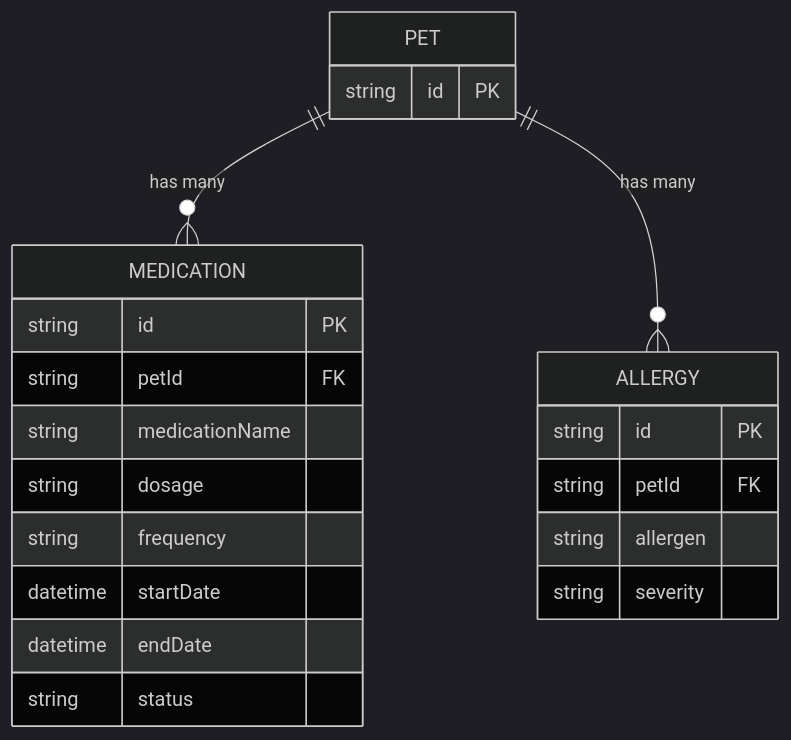
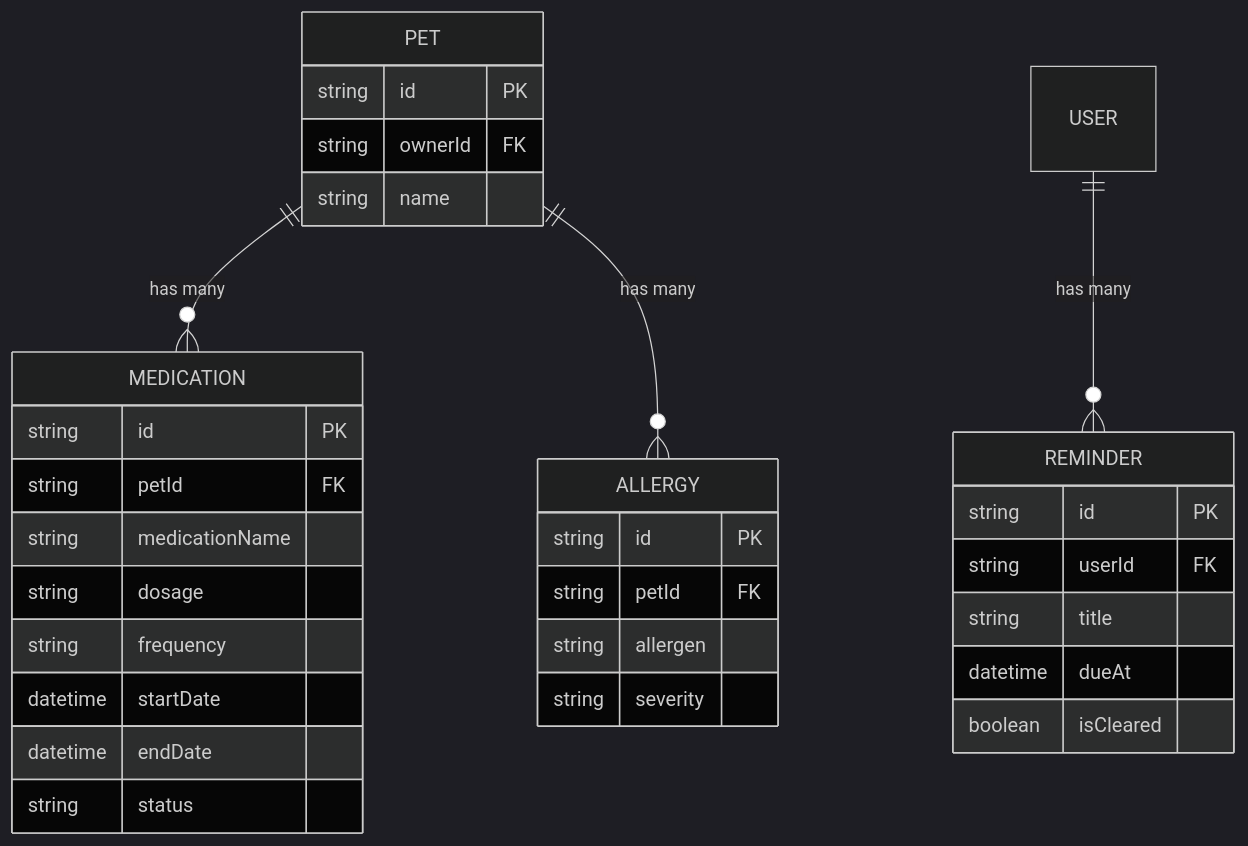
Before and after one commit to Javeria-Javaid/ai-powered-pet-healthcare-ecosystem: the third of 7 diagrams in .qoder/repowiki/en/content/Pet Health Management/Medication Management.md, drawn with Mermaid (dark theme). The commit also changed other lines of this file and 45 other files, not shown here.

````diff
--- a/.qoder/repowiki/en/content/Pet Health Management/Medication Management.md
+++ b/.qoder/repowiki/en/content/Pet Health Management/Medication Management.md
@@ -121,24 +163,34 @@
 ```mermaid
 erDiagram
 PET {
 string id PK
+string ownerId FK
+string name
 }
 MEDICATION {
 string id PK
 string petId FK
 string medicationName
 string dosage
 string frequency
 datetime startDate
 datetime endDate
 string status
 }
+REMINDER {
+string id PK
+string userId FK
+string title
+datetime dueAt
+boolean isCleared
+}
 ALLERGY {
 string id PK
 string petId FK
 string allergen
 string severity
 }
 PET ||--o{ MEDICATION : "has many"
 PET ||--o{ ALLERGY : "has many"
+USER ||--o{ REMINDER : "has many"
 ```
````
